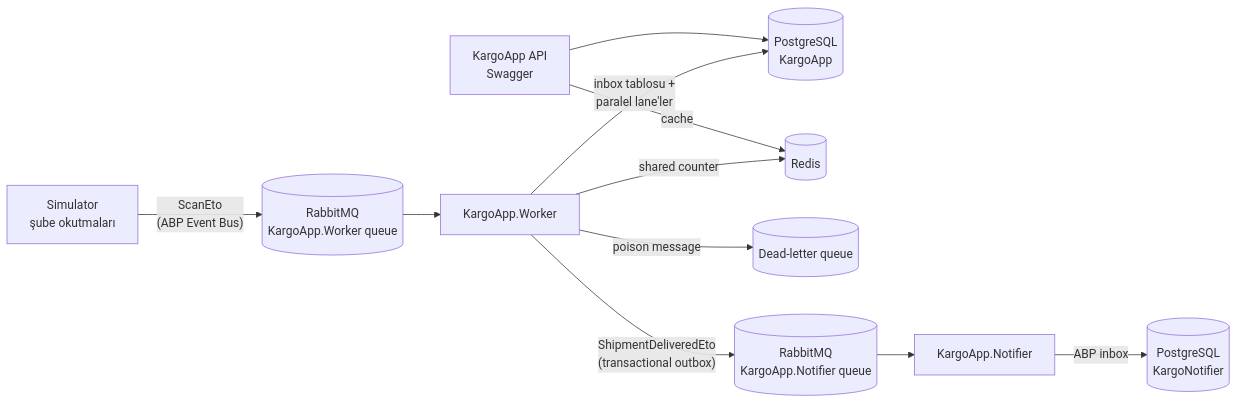
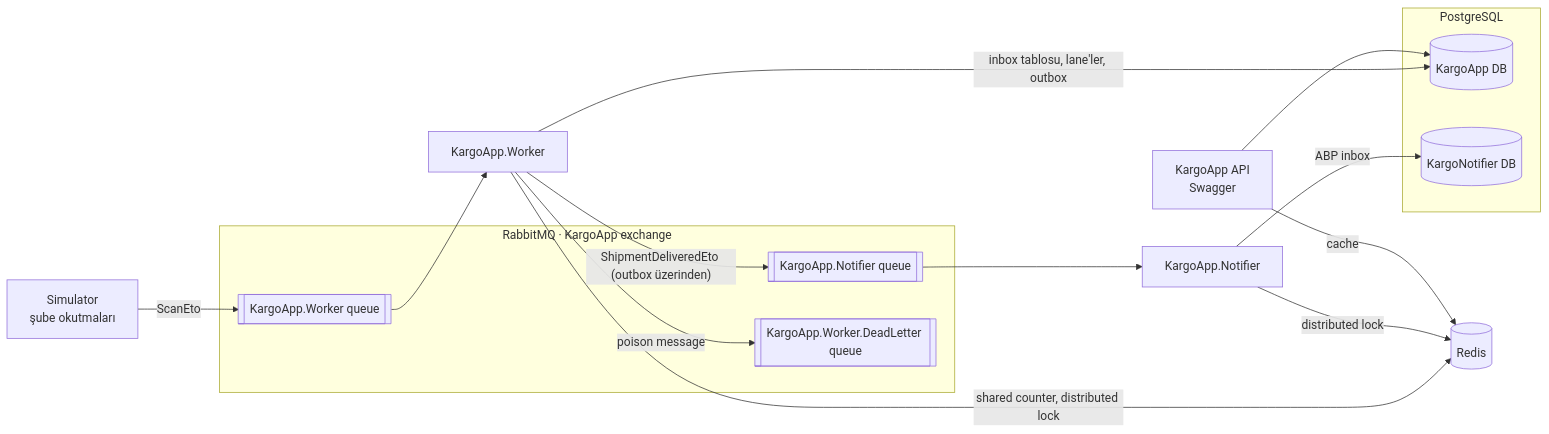
The diagram in README.md (ahmetceyl4n/KargoApp), drawn with Mermaid before and after one commit. The commit also changed other lines of this file, not shown here.

Commit message:
readme: gecis tablosu, mimari semasi ve calistirma adimlari duzeltildi

````diff
--- a/README.md
+++ b/README.md
@@ -13,13 +13,32 @@
 ```mermaid
 flowchart LR
-    SIM[Simulator<br/>şube okutmaları] -- "ScanEto<br/>(ABP Event Bus)" --> RMQ1[(RabbitMQ<br/>KargoApp.Worker queue)]
-    RMQ1 --> W[KargoApp.Worker]
-    W -- "inbox tablosu +<br/>paralel lane'ler" --> PG[(PostgreSQL<br/>KargoApp)]
-    W -- "shared counter" --> R[(Redis)]
-    W -- "poison message" --> DLQ[(Dead-letter queue)]
-    W -- "ShipmentDeliveredEto<br/>(transactional outbox)" --> RMQ2[(RabbitMQ<br/>KargoApp.Notifier queue)]
-    RMQ2 --> N[KargoApp.Notifier]
-    N -- "ABP inbox" --> PGN[(PostgreSQL<br/>KargoNotifier)]
-    API[KargoApp API<br/>Swagger] --> PG
-    API -- cache --> R
+    SIM[Simulator<br/>şube okutmaları]
+    API[KargoApp API<br/>Swagger]
+    W[KargoApp.Worker]
+    N[KargoApp.Notifier]
+
+    subgraph RMQ [RabbitMQ · KargoApp exchange]
+        Q1[[KargoApp.Worker queue]]
+        Q2[[KargoApp.Notifier queue]]
+        Q3[[KargoApp.Worker.DeadLetter queue]]
+    end
+
+    subgraph PGS [PostgreSQL]
+        PG[(KargoApp DB)]
+        PGN[(KargoNotifier DB)]
+    end
+
+    R[(Redis)]
+
+    SIM -- "ScanEto" --> Q1
+    Q1 --> W
+    W -- "inbox tablosu, lane'ler, outbox" --> PG
+    W -- "poison message" --> Q3
+    W -- "ShipmentDeliveredEto (outbox üzerinden)" --> Q2
+    W -- "shared counter, distributed lock" --> R
+    Q2 --> N
+    N -- "ABP inbox" --> PGN
+    N -- "distributed lock" --> R
+    API --> PG
+    API -- "cache" --> R
 ```
````
